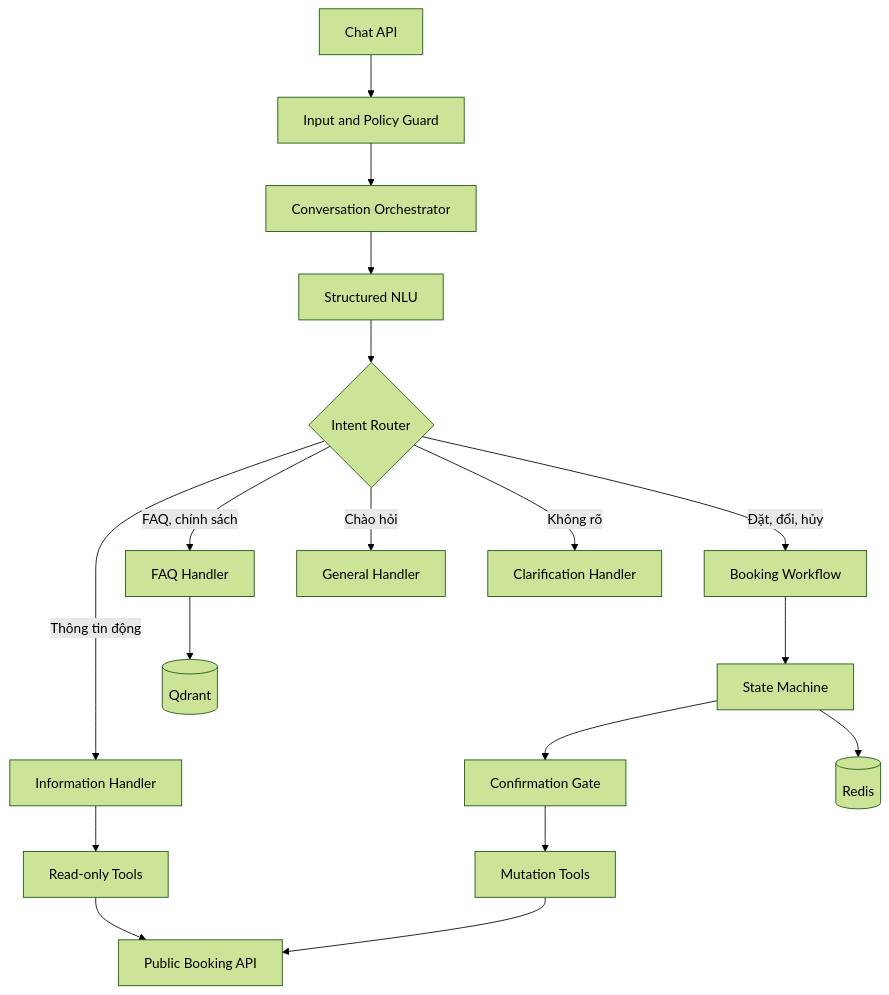
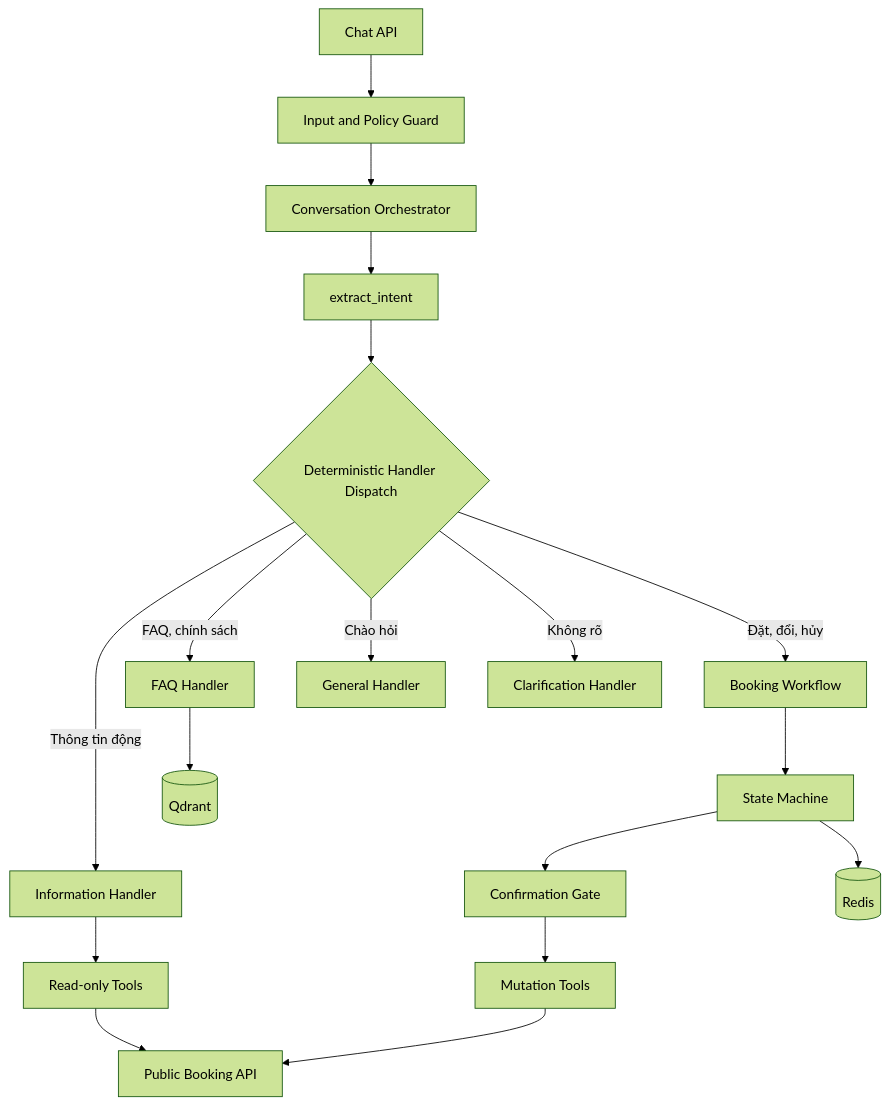
The second of 2 diagrams in booking-ai-chatbot/README.md (duy-debug/booking-AI-system), drawn with Mermaid (forest theme) before and after one commit. The commit also changed other lines of this file and 108 other files, not shown here.

````diff
--- a/booking-ai-chatbot/README.md
+++ b/booking-ai-chatbot/README.md
@@ -80,23 +80,23 @@
 ```mermaid
 flowchart TD
     API[Chat API] --> Guard[Input and Policy Guard]
     Guard --> Orchestrator[Conversation Orchestrator]
-    Orchestrator --> NLU[Structured NLU]
-    NLU --> Router{Intent Router}
+    Orchestrator --> NLU[extract_intent]
+    NLU --> Dispatch{Deterministic Handler Dispatch}
 
-    Router -->|Thông tin động| Info[Information Handler]
-    Router -->|Đặt, đổi, hủy| Booking[Booking Workflow]
-    Router -->|FAQ, chính sách| FAQ[FAQ Handler]
-    Router -->|Chào hỏi| General[General Handler]
-    Router -->|Không rõ| Clarify[Clarification Handler]
+    Dispatch -->|Thông tin động| Info[Information Handler]
+    Dispatch -->|Đặt, đổi, hủy| Booking[Booking Workflow]
+    Dispatch -->|FAQ, chính sách| FAQ[FAQ Handler]
+    Dispatch -->|Chào hỏi| General[General Handler]
+    Dispatch -->|Không rõ| Clarify[Clarification Handler]
 
     Info --> ReadTools[Read-only Tools]
     Booking --> FSM[State Machine]
     FSM --> Confirm[Confirmation Gate]
     Confirm --> MutationTools[Mutation Tools]
 
     ReadTools --> BookingAPI[Public Booking API]
     MutationTools --> BookingAPI
     FAQ --> Qdrant[(Qdrant)]
     FSM --> Redis[(Redis)]
 ```
````
